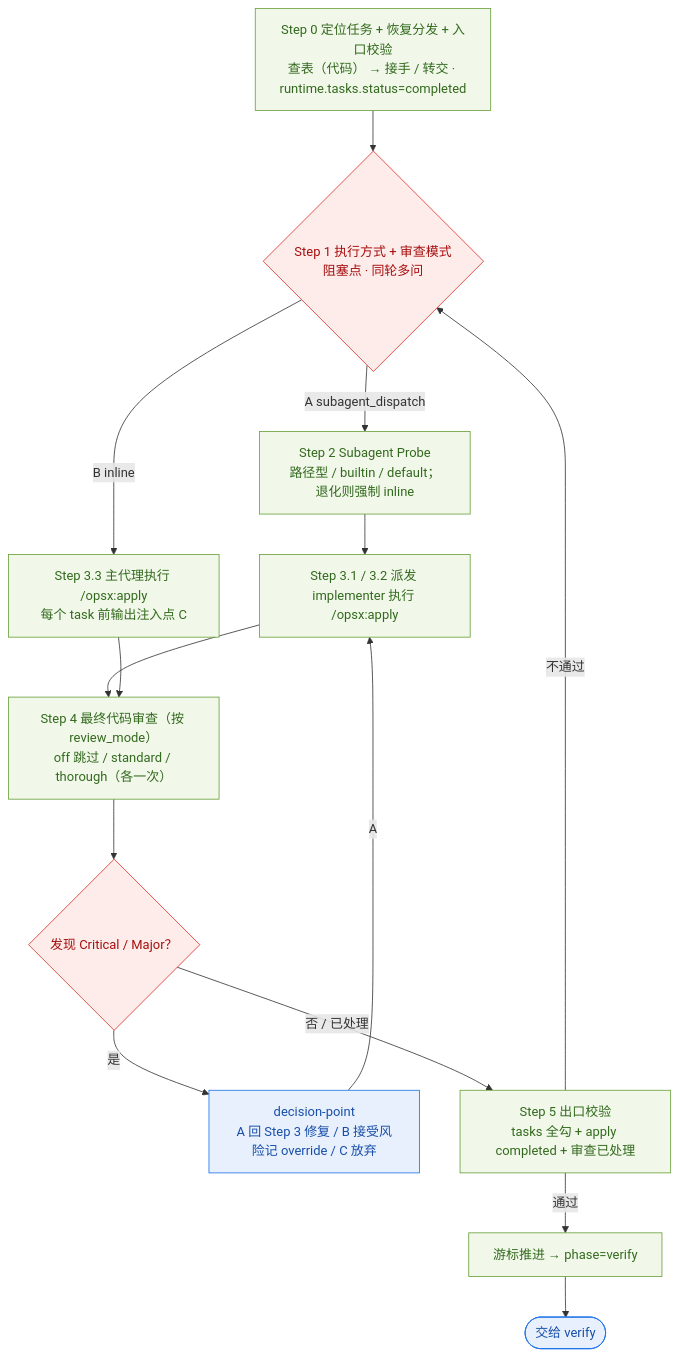
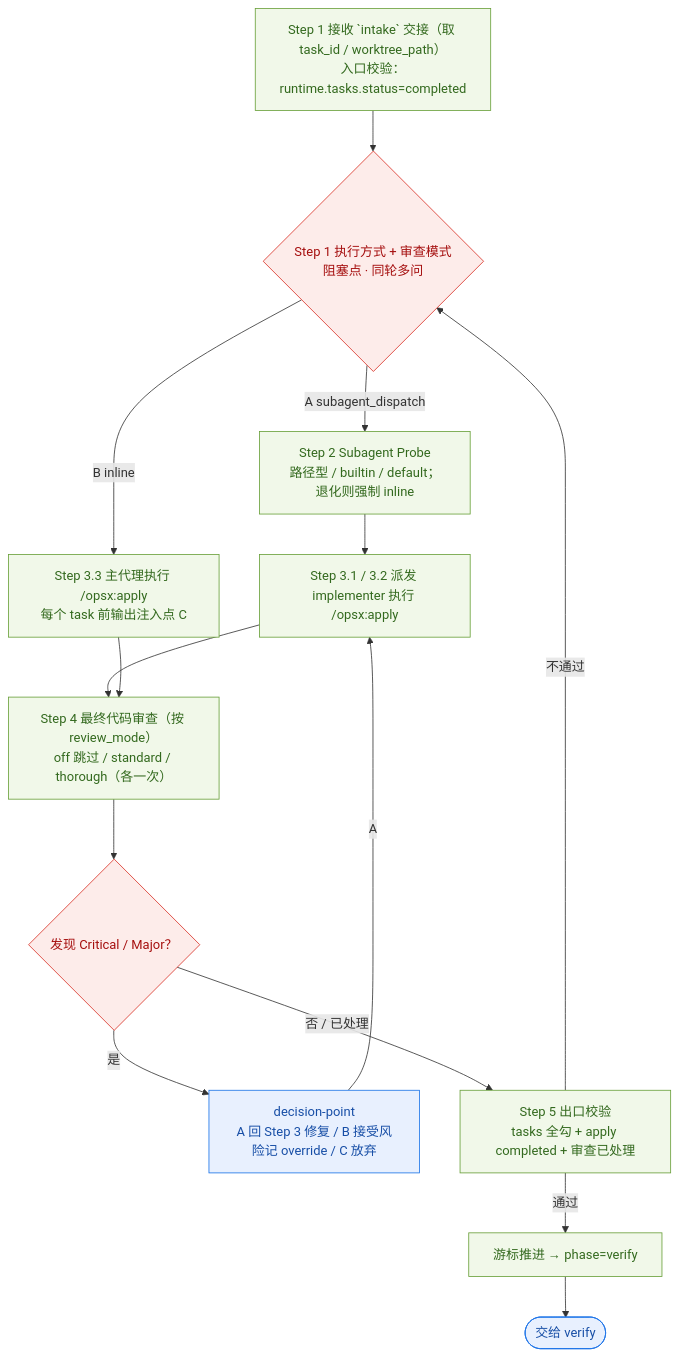
Before and after one commit to incodingless/polaris-flow: the eighth of 12 diagrams in docs/architecture/coding-workflow-flows.md, drawn with Mermaid. The commit also changed other lines of this file and 46 other files, not shown here.

````diff
--- a/docs/architecture/coding-workflow-flows.md
+++ b/docs/architecture/coding-workflow-flows.md
@@ -382,25 +371,25 @@
 ```mermaid
 flowchart TD
-    B0["Step 0 定位任务 + 恢复分发 + 入口校验<br/>查表（代码） → 接手 / 转交 · runtime.tasks.status=completed"]
+    B0["Step 1 接收 `intake` 交接（取 task_id / worktree_path）<br/>入口校验：runtime.tasks.status=completed"]
     B0 --> BC1{"Step 1 执行方式 + 审查模式<br/>阻塞点 · 同轮多问"}
     BC1 -->|"A subagent_dispatch"| B2["Step 2 Subagent Probe<br/>路径型 / builtin / default；退化则强制 inline"]
     BC1 -->|"B inline"| B33["Step 3.3 主代理执行 /opsx:apply<br/>每个 task 前输出注入点 C"]
     B4["Step 4 最终代码审查（按 review_mode）<br/>off 跳过 / standard / thorough（各一次）"]
     B2 --> B3["Step 3.1 / 3.2 派发 implementer 执行 /opsx:apply"]
     B3 --> B4
     B33 --> B4
     B4 --> BC4{"发现 Critical / Major？"}
     BC4 -->|"是"| BFIX["decision-point<br/>A 回 Step 3 修复 / B 接受风险记 override / C 放弃"]
     BFIX -->|"A"| B3
     BC4 -->|"否 / 已处理"| B5["Step 5 出口校验<br/>tasks 全勾 + apply completed + 审查已处理"]
     B5 -->|"不通过"| BC1
     B5 -->|"通过"| B6["游标推进 → phase=verify"]
     B6 --> BV(["交给 verify"])
 
     classDef step fill:#f1f8e9,stroke:#689f38,color:#33691e
     classDef gate fill:#fdecea,stroke:#d93025,color:#a50e0e
     classDef out fill:#e8f0fe,stroke:#1a73e8,color:#174ea6
     class B0,B2,B3,B4,B33,B5,B6 step
     class BC1,BC4 gate
     class BFIX,BV out
 ```
````
